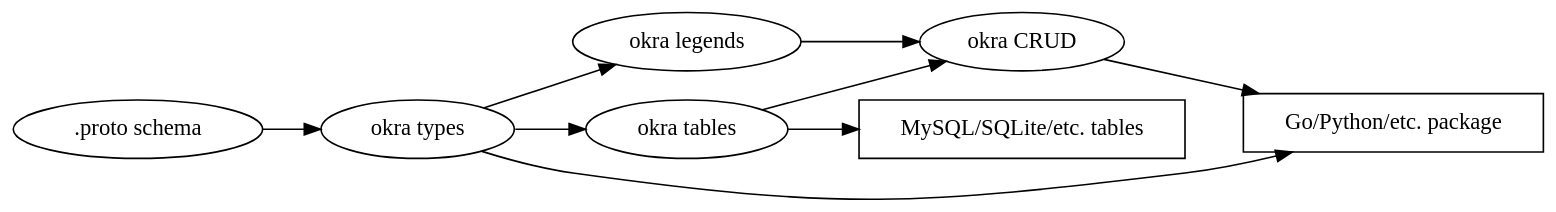
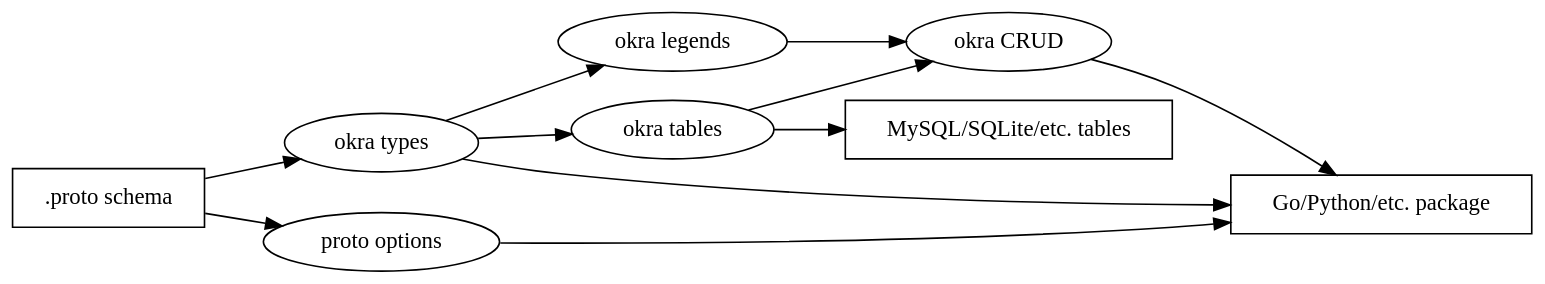
The diagram in images/dataflow.dot (dgoffredo/okra), drawn with Graphviz before and after one commit. The commit also changed 5 other files, not shown here.

```diff
--- a/images/dataflow.dot
+++ b/images/dataflow.dot
@@ -1,21 +1,28 @@
 digraph {
     bgcolor="transparent"
     rankdir=LR // left-to-right
 
+    // Internal nodes are ellipses. The .proto schema is an input, so the node
+    // is a box.
+    ".proto schema" [shape=box]
+
     ".proto schema" -> "okra types"
+    ".proto schema" -> "proto options"
     "okra types" -> "okra tables"
     "okra types" -> "okra legends"
     "okra tables" -> "okra CRUD"
     "okra legends" -> "okra CRUD"
 
-    // The SQL tables are an output, so the node is a box.
+    // Internal nodes are ellipses. The SQL tables are an output, so the node
+    // is a box.
     "MySQL/SQLite/etc. tables" [shape=box]
 
     "okra tables" -> "MySQL/SQLite/etc. tables"
 
     // The Go/Python/etc. code is an output, so the node is a box.
     "Go/Python/etc. package" [shape=box]
 
     "okra CRUD" -> "Go/Python/etc. package"
     "okra types" -> "Go/Python/etc. package"
+    "proto options" -> "Go/Python/etc. package"
 }
```
